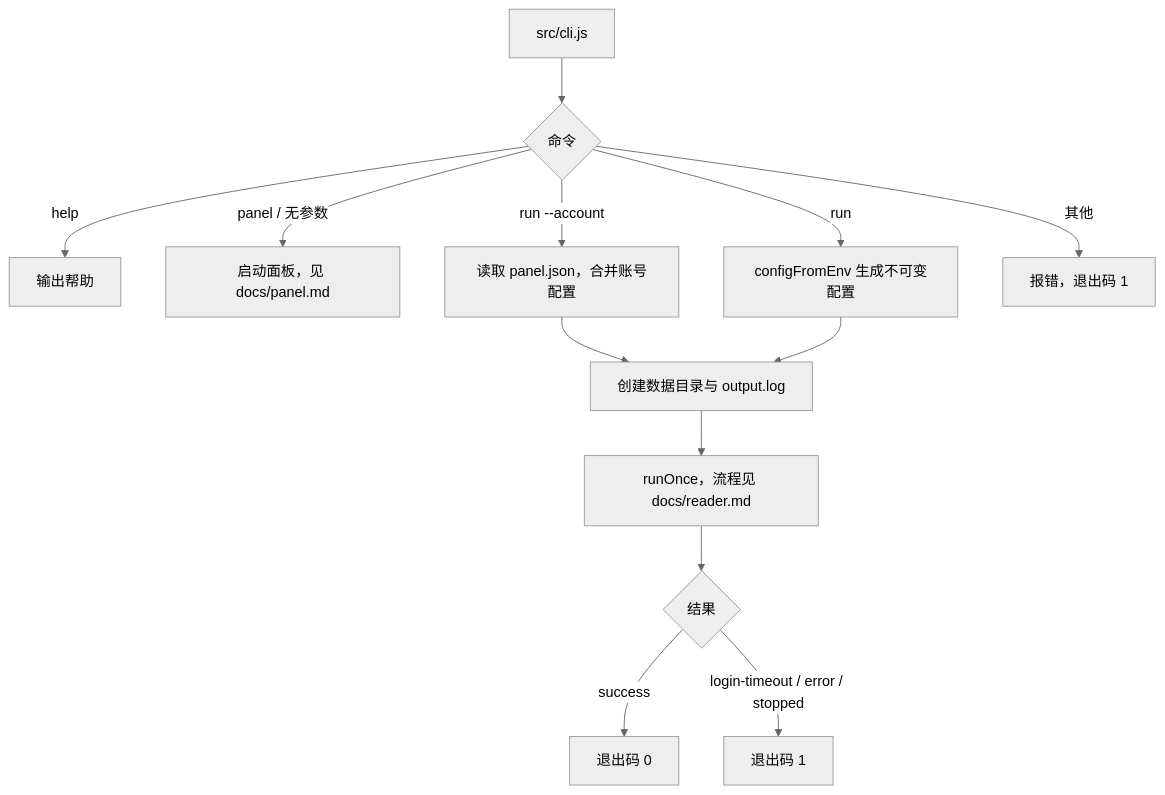
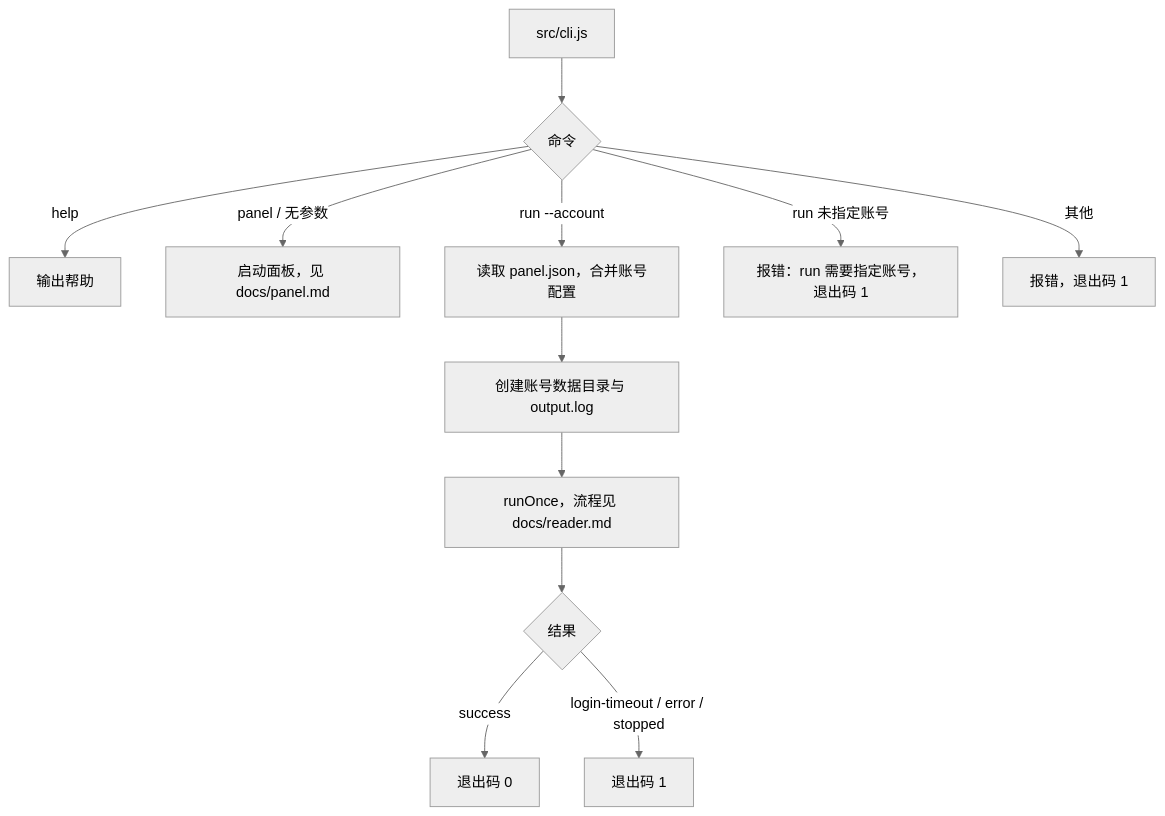
One commit to lonemoonspace/Weread-Assistant changed the diagram in docs/cli.md. Above: the diagram before and after it, drawn with Mermaid (neutral theme). The commit also changed other lines of this file and 30 other files, not shown here.

````diff
--- a/docs/cli.md
+++ b/docs/cli.md
@@ -37,15 +35,14 @@
 ```mermaid
 flowchart TD
   A[src/cli.js] --> B{命令}
   B -->|help| C[输出帮助]
   B -->|panel / 无参数| P[启动面板，见 docs/panel.md]
   B -->|run --account| A2[读取 panel.json，合并账号配置]
-  A2 --> E
-  B -->|run| D[configFromEnv 生成不可变配置]
-  D --> E[创建数据目录与 output.log]
+  A2 --> E[创建账号数据目录与 output.log]
   E --> F[runOnce，流程见 docs/reader.md]
   F --> K{结果}
   K -->|success| M[退出码 0]
   K -->|login-timeout / error / stopped| N[退出码 1]
+  B -->|run 未指定账号| R[报错：run 需要指定账号，退出码 1]
   B -->|其他| L[报错，退出码 1]
 ```
````
